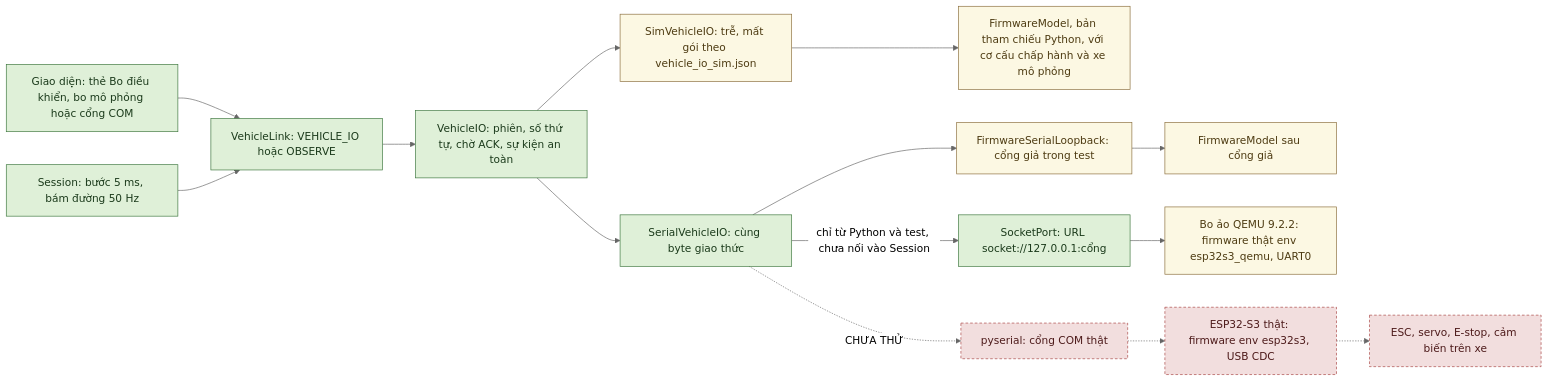
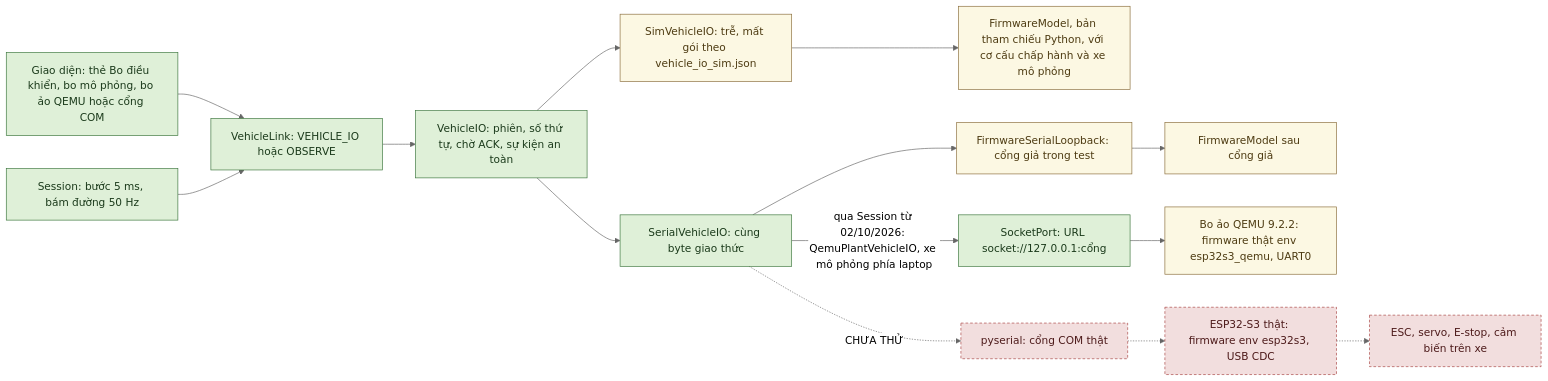
Diagram 34 of 50 in autopark/docs/SO_DO_HE_THONG.md (thbn12082/autopark), drawn with Mermaid (neutral theme) before and after one commit. The commit also changed other lines of this file and 223 other files, not shown here.

````diff
--- a/autopark/docs/SO_DO_HE_THONG.md
+++ b/autopark/docs/SO_DO_HE_THONG.md
@@ -1871,32 +2200,32 @@
 ```mermaid
 flowchart LR
-    UI["Giao diện: thẻ Bo điều khiển, bo mô phỏng hoặc cổng COM"]
+    UI["Giao diện: thẻ Bo điều khiển, bo mô phỏng, bo ảo QEMU hoặc cổng COM"]
     S["Session: bước 5 ms, bám đường 50 Hz"]
     VL["VehicleLink: VEHICLE_IO hoặc OBSERVE"]
     VIO["VehicleIO: phiên, số thứ tự, chờ ACK, sự kiện an toàn"]
     SIM["SimVehicleIO: trễ, mất gói theo vehicle_io_sim.json"]
     FM1["FirmwareModel, bản tham chiếu Python, với cơ cấu chấp hành và xe mô phỏng"]
     SER["SerialVehicleIO: cùng byte giao thức"]
     LB["FirmwareSerialLoopback: cổng giả trong test"]
     FM2["FirmwareModel sau cổng giả"]
     SP["SocketPort: URL socket://127.0.0.1:cổng"]
     QEMU["Bo ảo QEMU 9.2.2: firmware thật env esp32s3_qemu, UART0"]
     PYS["pyserial: cổng COM thật"]
     ESP["ESP32-S3 thật: firmware env esp32s3, USB CDC"]
     ACT["ESC, servo, E-stop, cảm biến trên xe"]
     UI --> VL
     S --> VL
     VL --> VIO
     VIO --> SIM
     VIO --> SER
     SIM --> FM1
     SER --> LB --> FM2
-    SER -->|chỉ từ Python và test, chưa nối vào Session| SP --> QEMU
+    SER -->|qua Session từ 02/10/2026: QemuPlantVehicleIO, xe mô phỏng phía laptop| SP --> QEMU
     SER -.->|CHƯA THỬ| PYS -.-> ESP -.-> ACT
     classDef daco fill:#dff0d8,stroke:#3c763d,color:#1b3a1b
     classDef giaLap fill:#fcf8e3,stroke:#8a6d3b,color:#4d3b12
     classDef chuaLam fill:#f2dede,stroke:#a94442,color:#4d1a1a,stroke-dasharray: 4 3
     class UI,S,VL,VIO,SER,SP daco
     class SIM,FM1,LB,FM2,QEMU giaLap
     class PYS,ESP,ACT chuaLam
 ```
````
